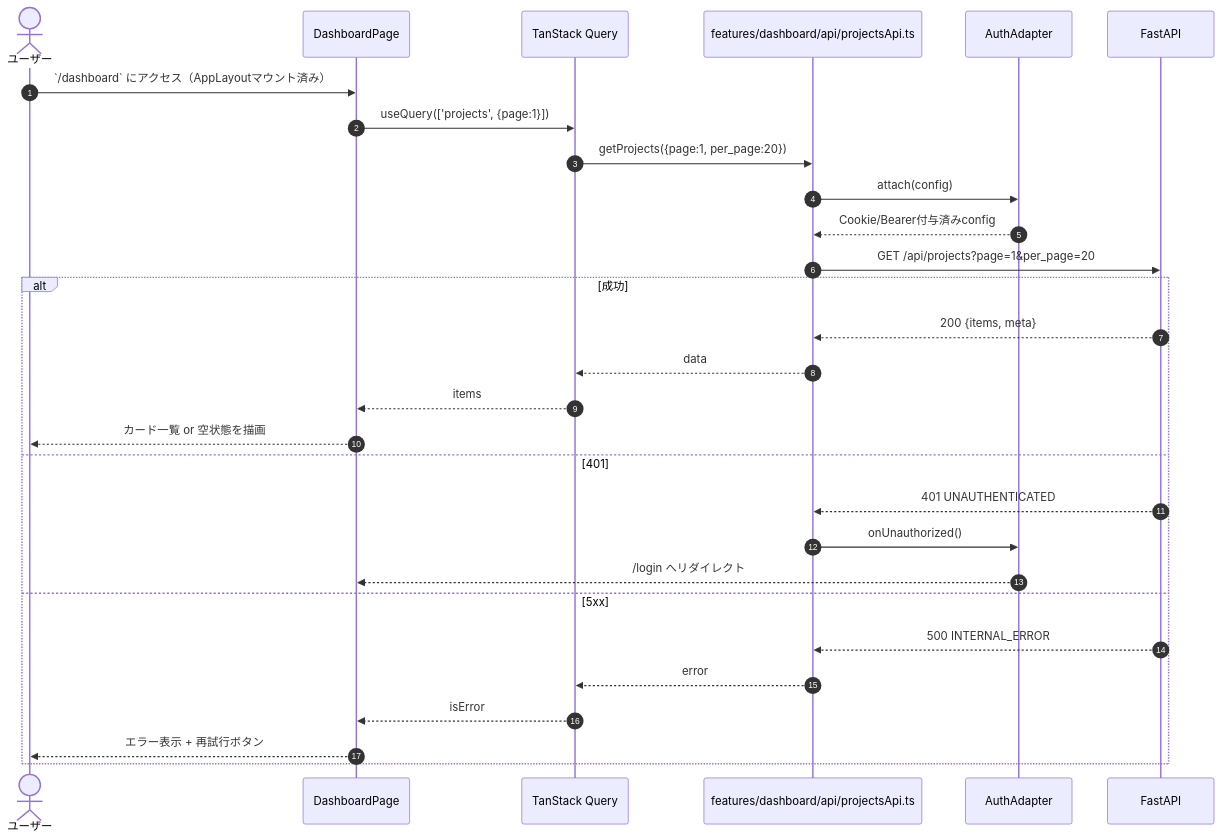
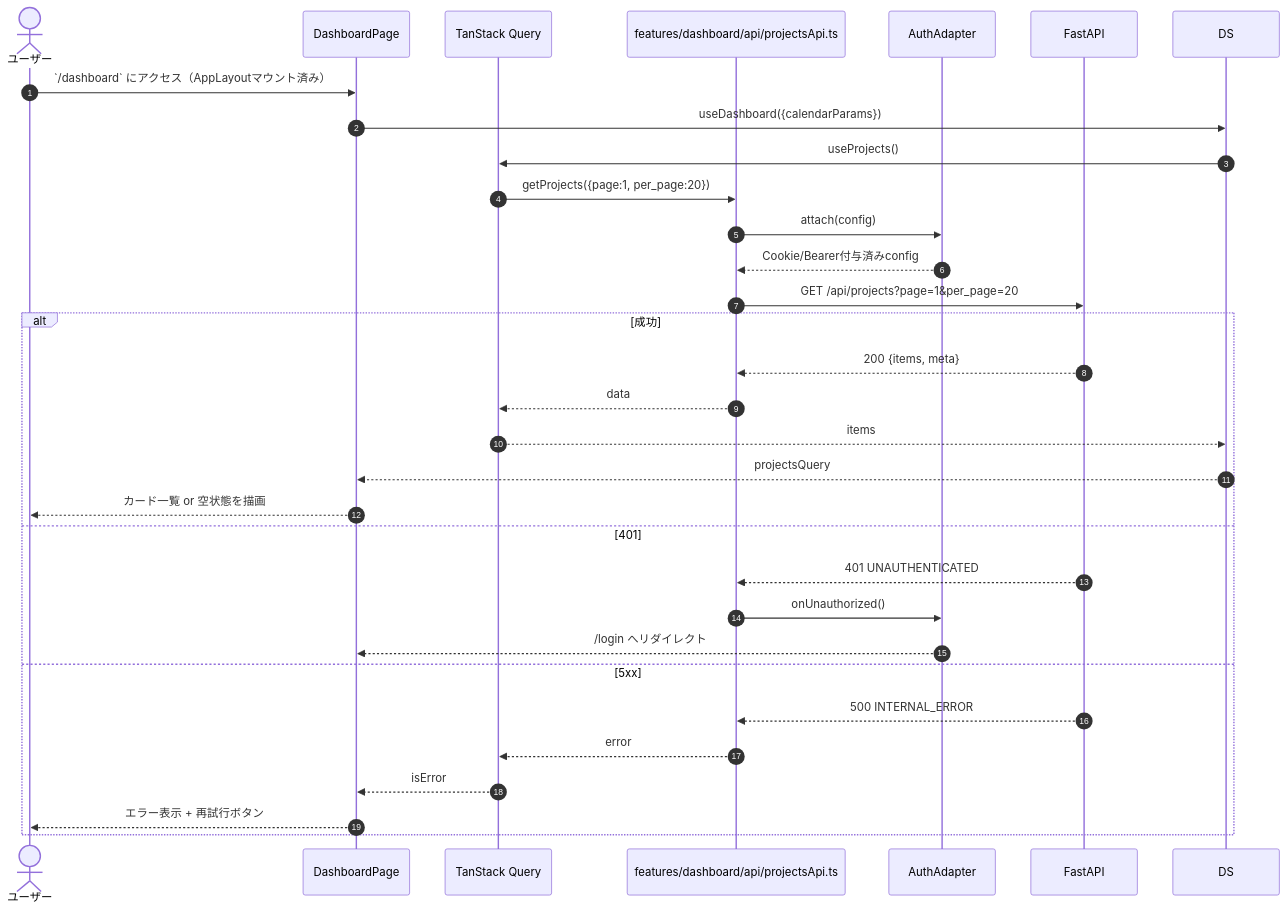
Before and after one commit to oikawa-d/task_management: the second of 5 diagrams in docs/detailed_design/screen/06_dashboard.md, drawn with Mermaid. The commit also changed other lines of this file and 11 other files, not shown here.

````diff
--- a/docs/detailed_design/screen/06_dashboard.md
+++ b/docs/detailed_design/screen/06_dashboard.md
@@ -134,32 +134,34 @@
 ```mermaid
 sequenceDiagram
     autonumber
     actor U as ユーザー
     participant DP as DashboardPage
     participant Q as TanStack Query
     participant EP as features/dashboard/api/projectsApi.ts
     participant AA as AuthAdapter
     participant API as FastAPI
 
     U->>DP: `/dashboard` にアクセス（AppLayoutマウント済み）
-    DP->>Q: useQuery(['projects', {page:1}])
+    DP->>DS: useDashboard({calendarParams})
+    DS->>Q: useProjects()
     Q->>EP: getProjects({page:1, per_page:20})
     EP->>AA: attach(config)
     AA-->>EP: Cookie/Bearer付与済みconfig
     EP->>API: GET /api/projects?page=1&per_page=20
     alt 成功
         API-->>EP: 200 {items, meta}
         EP-->>Q: data
-        Q-->>DP: items
+        Q-->>DS: items
+        DS-->>DP: projectsQuery
         DP-->>U: カード一覧 or 空状態を描画
     else 401
         API-->>EP: 401 UNAUTHENTICATED
         EP->>AA: onUnauthorized()
         AA-->>DP: /login へリダイレクト
     else 5xx
         API-->>EP: 500 INTERNAL_ERROR
         EP-->>Q: error
         Q-->>DP: isError
         DP-->>U: エラー表示 + 再試行ボタン
     end
 ```
````
